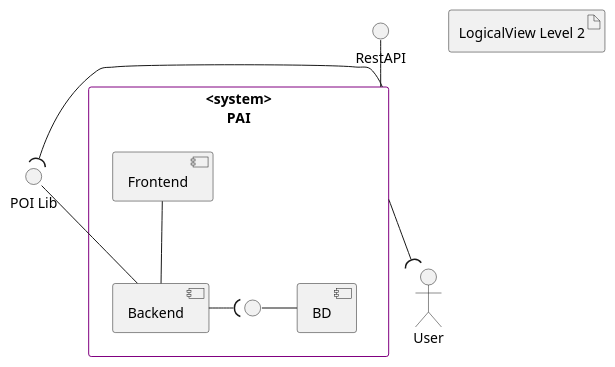
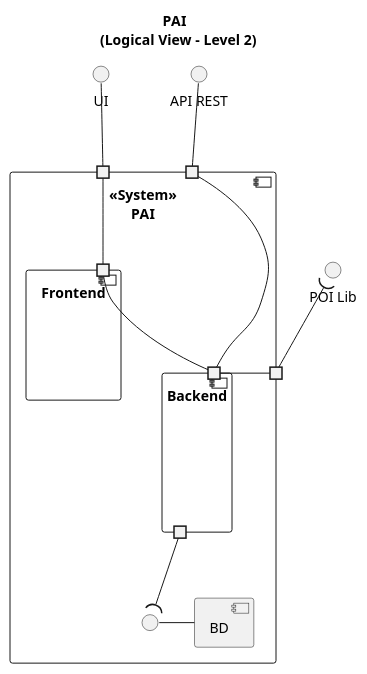
The diagram in docs/US11/LogicalView/Level2.puml (GasparISEP/DevOps-PAI), drawn with PlantUML before and after one commit.

Commit message:
Updated diagram Logic View Lvl2 of Programme. Related to #505.

```diff
--- a/docs/US11/LogicalView/Level2.puml
+++ b/docs/US11/LogicalView/Level2.puml
@@ -1,38 +1,44 @@
 @startuml
 
-skinparam rectangle {
-  BorderColor Purple
-  BackgroundColor White
+
+title "PAI \n (Logical View - Level 2)"
+
+interface UI
+interface "API REST"
+interface "POI Lib"
+
+
+component "<<System>>\nPAI" {
+  portin " " as p1
+  portin " " as p2
+  portout " " as p3
+  component Backend
+  component Frontend
+  component BD
+  interface " " as I1
+
 }
 
-' Elementos externos
-actor User
-
-artifact "LogicalView Level 2"
-
-interface "POI Lib" as POI
- interface "RestAPI" as RESTAPI
-
-' Sistema (PAI)
-rectangle "<system>\nPAI" as SystemBox {
-  component Frontend
-  component Backend
-  component BD
-  interface " " as I1
+component Frontend {
+portin " " as p4
 }
 
-' Ligações externas — fora da caixa
-SystemBox  --( User
-POI )-up-SystemBox
-RESTAPI -- SystemBox
+component Backend {
+portin " " as p5
+portout " " as p6
+}
 
 
 
-' Ligações internas — dentro da caixa
-Frontend -- Backend
-Backend -( I1
-POI -- Backend
+I1 -right- BD
+p5-up- p4
+p1 -up- UI
+p2 -up- "API REST"
+p2 -down-p5
+"POI Lib" )-down-p3
+p3 -left-p5
+p1 -down-p4
+p6 -down-(I1
 
-I1 - BD
 
 @enduml
```
